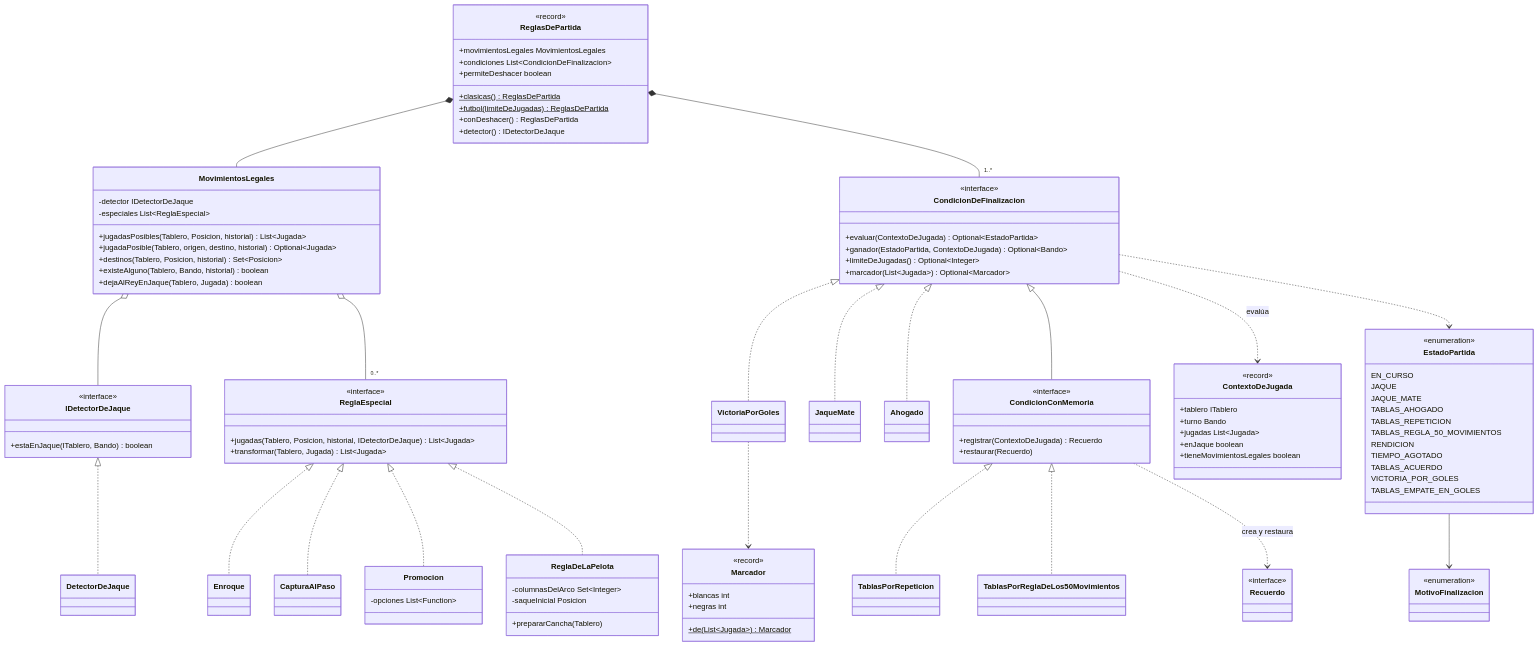
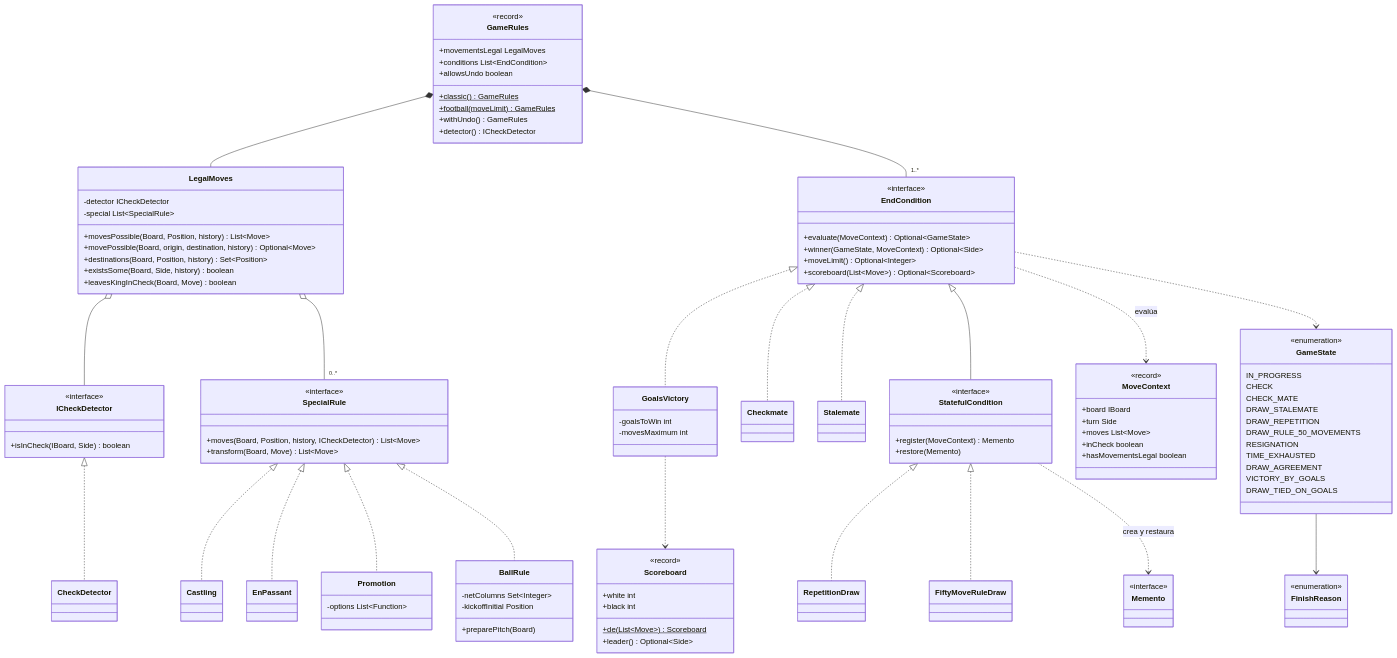
Before and after one commit to JoaquinIgnacioCampos/Chiquichess: the diagram in docs/uml/04-reglas.md, drawn with Mermaid. The commit also changed other lines of this file and 12 other files, not shown here.

First line of the commit message:
Actualiza el UML al código en inglés y suma las clases nuevas

````diff
--- a/docs/uml/04-reglas.md
+++ b/docs/uml/04-reglas.md
@@ -16,124 +16,128 @@
 classDiagram
     direction TB
 
-    class ReglasDePartida {
+    class GameRules {
         <<record>>
-        +movimientosLegales MovimientosLegales
-        +condiciones List~CondicionDeFinalizacion~
-        +permiteDeshacer boolean
-        +clasicas()$ ReglasDePartida
-        +futbol(limiteDeJugadas)$ ReglasDePartida
-        +conDeshacer() ReglasDePartida
-        +detector() IDetectorDeJaque
+        +movementsLegal LegalMoves
+        +conditions List~EndCondition~
+        +allowsUndo boolean
+        +classic()$ GameRules
+        +football(moveLimit)$ GameRules
+        +withUndo() GameRules
+        +detector() ICheckDetector
     }
 
-    class MovimientosLegales {
-        -detector IDetectorDeJaque
-        -especiales List~ReglaEspecial~
-        +jugadasPosibles(Tablero, Posicion, historial) List~Jugada~
-        +jugadaPosible(Tablero, origen, destino, historial) Optional~Jugada~
-        +destinos(Tablero, Posicion, historial) Set~Posicion~
-        +existeAlguno(Tablero, Bando, historial) boolean
-        +dejaAlReyEnJaque(Tablero, Jugada) boolean
+    class LegalMoves {
+        -detector ICheckDetector
+        -special List~SpecialRule~
+        +movesPossible(Board, Position, history) List~Move~
+        +movePossible(Board, origin, destination, history) Optional~Move~
+        +destinations(Board, Position, history) Set~Position~
+        +existsSome(Board, Side, history) boolean
+        +leavesKingInCheck(Board, Move) boolean
     }
 
-    class IDetectorDeJaque {
+    class ICheckDetector {
         <<interface>>
-        +estaEnJaque(ITablero, Bando) boolean
+        +isInCheck(IBoard, Side) boolean
     }
-    class DetectorDeJaque
+    class CheckDetector
 
-    class ReglaEspecial {
+    class SpecialRule {
         <<interface>>
-        +jugadas(Tablero, Posicion, historial, IDetectorDeJaque) List~Jugada~
-        +transformar(Tablero, Jugada) List~Jugada~
+        +moves(Board, Position, history, ICheckDetector) List~Move~
+        +transform(Board, Move) List~Move~
     }
-    class Enroque
-    class CapturaAlPaso
-    class Promocion {
-        -opciones List~Function~
+    class Castling
+    class EnPassant
+    class Promotion {
+        -options List~Function~
     }
-    class ReglaDeLaPelota {
-        -columnasDelArco Set~Integer~
-        -saqueInicial Posicion
-        +prepararCancha(Tablero)
+    class BallRule {
+        -netColumns Set~Integer~
+        -kickoffInitial Position
+        +preparePitch(Board)
     }
 
-    class CondicionDeFinalizacion {
+    class EndCondition {
         <<interface>>
-        +evaluar(ContextoDeJugada) Optional~EstadoPartida~
-        +ganador(EstadoPartida, ContextoDeJugada) Optional~Bando~
-        +limiteDeJugadas() Optional~Integer~
-        +marcador(List~Jugada~) Optional~Marcador~
+        +evaluate(MoveContext) Optional~GameState~
+        +winner(GameState, MoveContext) Optional~Side~
+        +moveLimit() Optional~Integer~
+        +scoreboard(List~Move~) Optional~Scoreboard~
     }
-    class CondicionConMemoria {
+    class StatefulCondition {
         <<interface>>
-        +registrar(ContextoDeJugada) Recuerdo
-        +restaurar(Recuerdo)
+        +register(MoveContext) Memento
+        +restore(Memento)
     }
-    class Recuerdo {
+    class Memento {
         <<interface>>
     }
-    class JaqueMate
-    class Ahogado
-    class VictoriaPorGoles
-    class TablasPorRepeticion
-    class TablasPorReglaDeLos50Movimientos
+    class Checkmate
+    class Stalemate
+    class GoalsVictory {
+        -goalsToWin int
+        -movesMaximum int
+    }
+    class RepetitionDraw
+    class FiftyMoveRuleDraw
 
-    class ContextoDeJugada {
+    class MoveContext {
         <<record>>
-        +tablero ITablero
-        +turno Bando
-        +jugadas List~Jugada~
-        +enJaque boolean
-        +tieneMovimientosLegales boolean
+        +board IBoard
+        +turn Side
+        +moves List~Move~
+        +inCheck boolean
+        +hasMovementsLegal boolean
     }
 
-    class Marcador {
+    class Scoreboard {
         <<record>>
-        +blancas int
-        +negras int
-        +de(List~Jugada~)$ Marcador
+        +white int
+        +black int
+        +de(List~Move~)$ Scoreboard
+        +leader() Optional~Side~
     }
 
-    class EstadoPartida {
+    class GameState {
         <<enumeration>>
-        EN_CURSO
-        JAQUE
-        JAQUE_MATE
-        TABLAS_AHOGADO
-        TABLAS_REPETICION
-        TABLAS_REGLA_50_MOVIMIENTOS
-        RENDICION
-        TIEMPO_AGOTADO
-        TABLAS_ACUERDO
-        VICTORIA_POR_GOLES
-        TABLAS_EMPATE_EN_GOLES
+        IN_PROGRESS
+        CHECK
+        CHECK_MATE
+        DRAW_STALEMATE
+        DRAW_REPETITION
+        DRAW_RULE_50_MOVEMENTS
+        RESIGNATION
+        TIME_EXHAUSTED
+        DRAW_AGREEMENT
+        VICTORY_BY_GOALS
+        DRAW_TIED_ON_GOALS
     }
-    class MotivoFinalizacion {
+    class FinishReason {
         <<enumeration>>
     }
 
-    ReglasDePartida *-- MovimientosLegales
-    ReglasDePartida *-- "1..*" CondicionDeFinalizacion
-    MovimientosLegales o-- IDetectorDeJaque
-    MovimientosLegales o-- "0..*" ReglaEspecial
-    IDetectorDeJaque <|.. DetectorDeJaque
+    GameRules *-- LegalMoves
+    GameRules *-- "1..*" EndCondition
+    LegalMoves o-- ICheckDetector
+    LegalMoves o-- "0..*" SpecialRule
+    ICheckDetector <|.. CheckDetector
 
-    ReglaEspecial <|.. Enroque
-    ReglaEspecial <|.. CapturaAlPaso
-    ReglaEspecial <|.. Promocion
-    ReglaEspecial <|.. ReglaDeLaPelota
+    SpecialRule <|.. Castling
+    SpecialRule <|.. EnPassant
+    SpecialRule <|.. Promotion
+    SpecialRule <|.. BallRule
 
-    CondicionDeFinalizacion <|.. JaqueMate
-    CondicionDeFinalizacion <|.. Ahogado
-    CondicionDeFinalizacion <|.. VictoriaPorGoles
-    CondicionDeFinalizacion <|-- CondicionConMemoria
-    CondicionConMemoria <|.. TablasPorRepeticion
-    CondicionConMemoria <|.. TablasPorReglaDeLos50Movimientos
-    CondicionConMemoria ..> Recuerdo : crea y restaura
-    CondicionDeFinalizacion ..> ContextoDeJugada : evalúa
-    CondicionDeFinalizacion ..> EstadoPartida
-    EstadoPartida --> MotivoFinalizacion
-    VictoriaPorGoles ..> Marcador
+    EndCondition <|.. Checkmate
+    EndCondition <|.. Stalemate
+    EndCondition <|.. GoalsVictory
+    EndCondition <|-- StatefulCondition
+    StatefulCondition <|.. RepetitionDraw
+    StatefulCondition <|.. FiftyMoveRuleDraw
+    StatefulCondition ..> Memento : crea y restaura
+    EndCondition ..> MoveContext : evalúa
+    EndCondition ..> GameState
+    GameState --> FinishReason
+    GoalsVictory ..> Scoreboard
 ```
````
